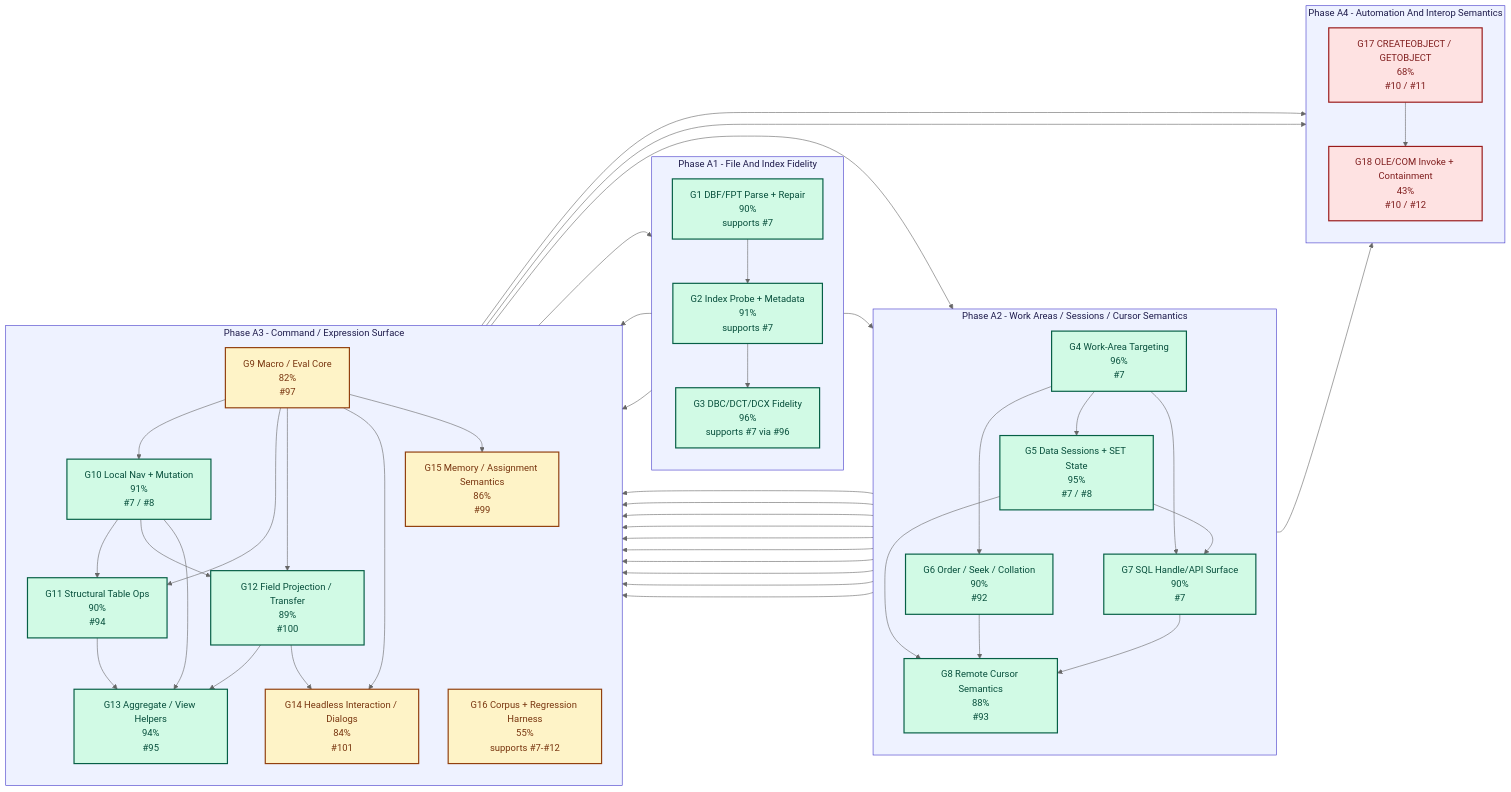
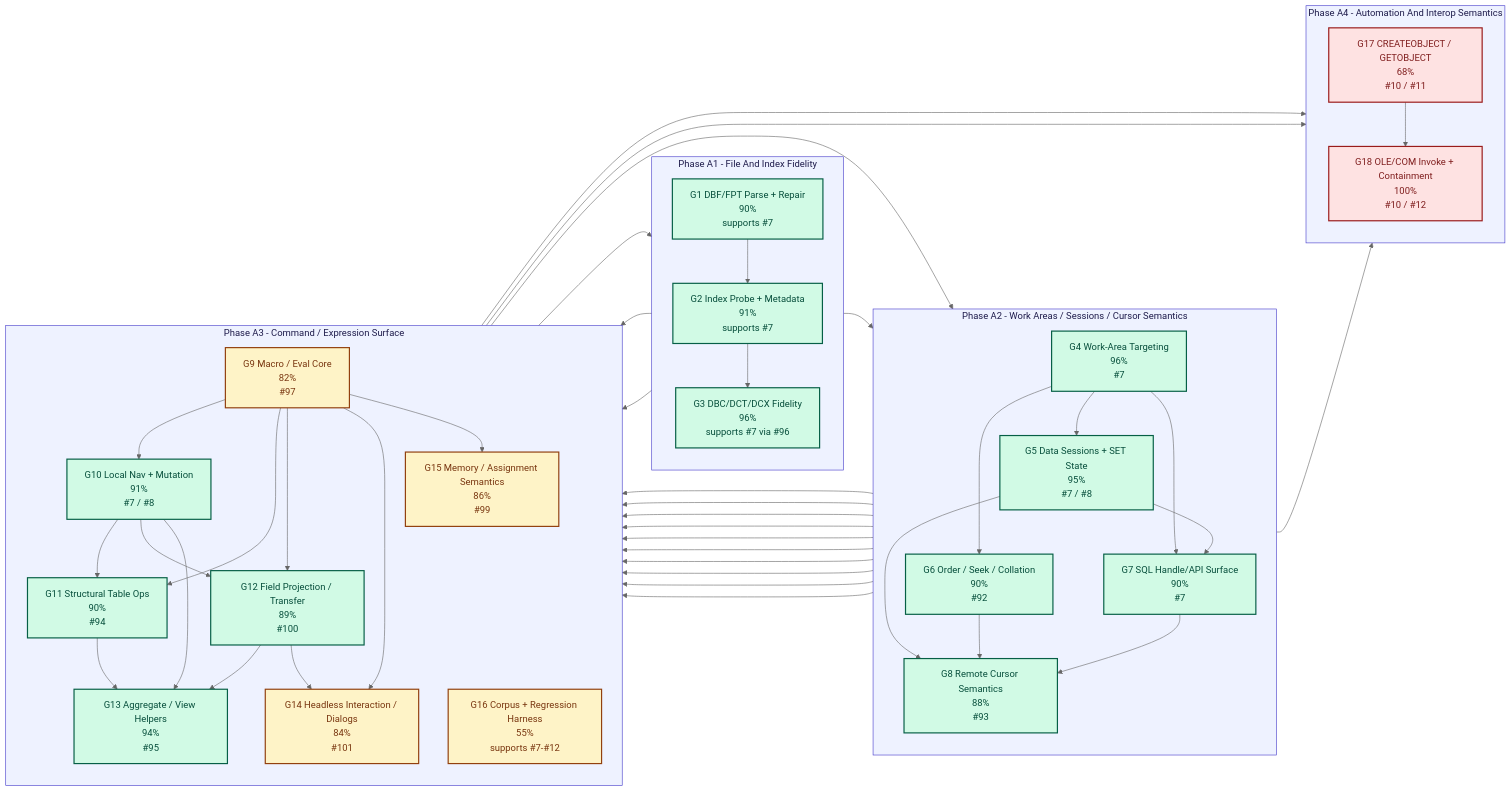
The first of 3 diagrams in docs/23-phase-a-dependency-breakdown.md (rhamenator/Project-Copperfin), drawn with Mermaid (neutral theme) before and after one commit. The commit also changed other lines of this file and 6 other files, not shown here.

```diff
--- a/docs/23-phase-a-dependency-breakdown.md
+++ b/docs/23-phase-a-dependency-breakdown.md
@@ -110,7 +110,7 @@
     subgraph A4[Phase A4 - Automation And Interop Semantics]
         direction TB
         G17["G17 CREATEOBJECT / GETOBJECT<br/>68%<br/>#10 / #11"]
-        G18["G18 OLE/COM Invoke + Containment<br/>43%<br/>#10 / #12"]
+        G18["G18 OLE/COM Invoke + Containment<br/>100%<br/>#10 / #12"]
     end
 
     G16 --> G1
```
